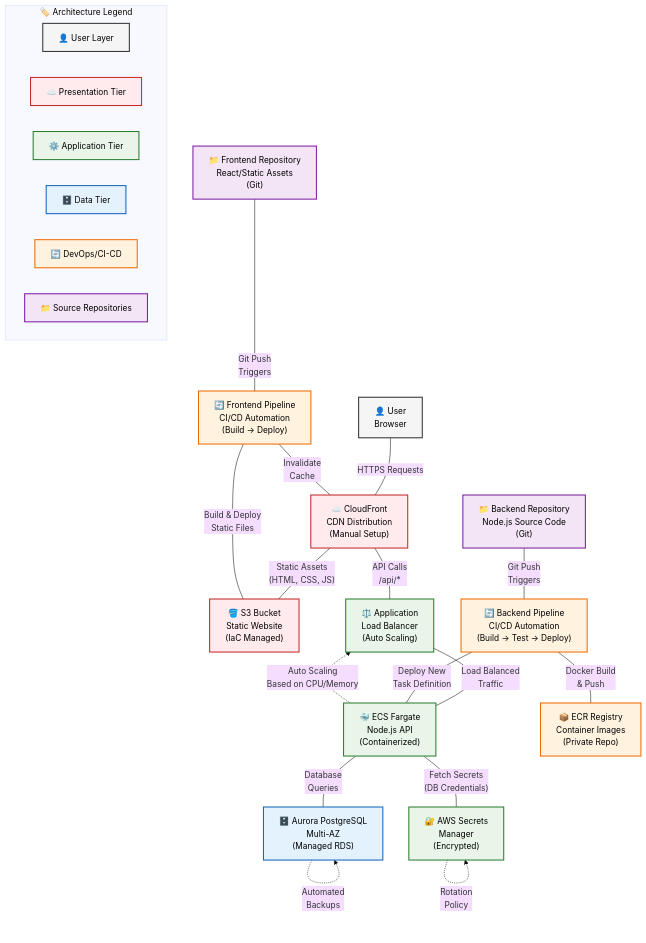
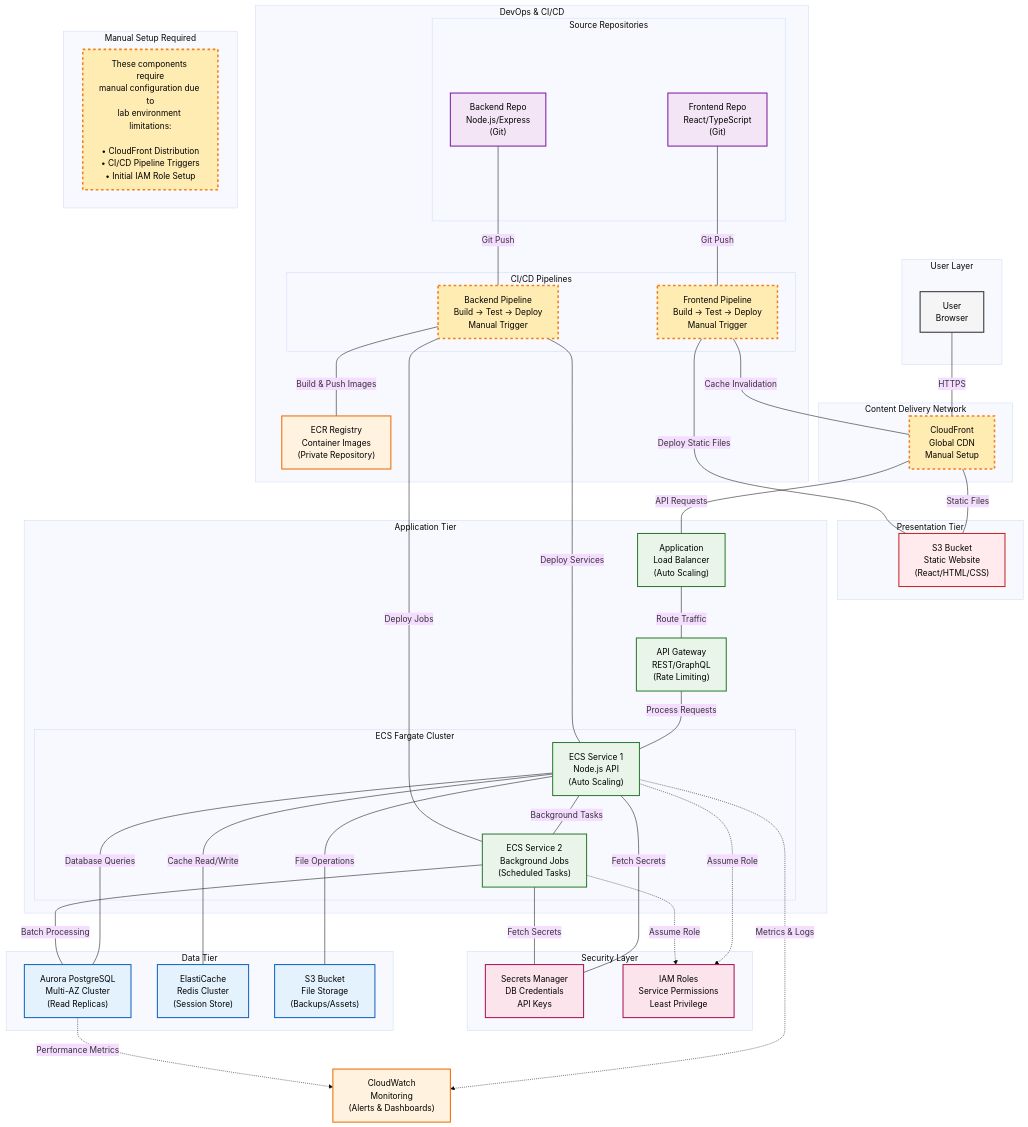
One commit to Grambot-ops/REACT-SEC-OPS changed the diagram in README.md. Above: the diagram before and after it, drawn with Mermaid (base theme).

````diff
--- a/README.md
+++ b/README.md
@@ -64,5 +64,5 @@
 ```mermaid
-graph TD
+graph TB
     %% Styling Classes
     classDef userStyle fill:#f5f5f5,stroke:#333,stroke-width:2px,color:#000
     classDef presentationStyle fill:#ffebee,stroke:#c62828,stroke-width:2px,color:#000
@@ -70,62 +70,102 @@
     classDef dataStyle fill:#e3f2fd,stroke:#1565c0,stroke-width:2px,color:#000
     classDef devopsStyle fill:#fff3e0,stroke:#ef6c00,stroke-width:2px,color:#000
     classDef repoStyle fill:#f3e5f5,stroke:#7b1fa2,stroke-width:2px,color:#000
-    classDef legendStyle fill:#fafafa,stroke:#666,stroke-width:1px,color:#666,stroke-dasharray: 5 5
+    classDef securityStyle fill:#fce4ec,stroke:#ad1457,stroke-width:2px,color:#000
+    classDef manualStyle fill:#ffecb3,stroke:#f57f17,stroke-width:3px,stroke-dasharray: 5 5,color:#000
 
     %% User Layer
-    User["👤 User<br/>Browser"]:::userStyle
+    subgraph UserZone["User Layer"]
+        User["User<br/>Browser"]:::userStyle
+    end
+
+    %% CDN & Frontend
+    subgraph CDNZone["Content Delivery Network"]
+        CF["CloudFront<br/>Global CDN<br/>Manual Setup"]:::manualStyle
+    end
 
     %% Presentation Tier
-    CF["☁️ CloudFront<br/>CDN Distribution<br/>(Manual Setup)"]:::presentationStyle
-    S3["🪣 S3 Bucket<br/>Static Website<br/>(IaC Managed)"]:::presentationStyle
+    subgraph PresentationZone["Presentation Tier"]
+        S3Web["S3 Bucket<br/>Static Website<br/>(React/HTML/CSS)"]:::presentationStyle
+    end
 
     %% Application Tier
-    ALB["⚖️ Application<br/>Load Balancer<br/>(Auto Scaling)"]:::applicationStyle
-    ECS["🐳 ECS Fargate<br/>Node.js API<br/>(Containerized)"]:::applicationStyle
-    Secrets["🔐 AWS Secrets<br/>Manager<br/>(Encrypted)"]:::applicationStyle
+    subgraph ApplicationZone["Application Tier"]
+        ALB["Application<br/>Load Balancer<br/>(Auto Scaling)"]:::applicationStyle
+        
+        subgraph ECSCluster["ECS Fargate Cluster"]
+            ECS1["ECS Service 1<br/>Node.js API<br/>(Auto Scaling)"]:::applicationStyle
+            ECS2["ECS Service 2<br/>Background Jobs<br/>(Scheduled Tasks)"]:::applicationStyle
+        end
+        
+        APIGateway["API Gateway<br/>REST/GraphQL<br/>(Rate Limiting)"]:::applicationStyle
+    end
+
+    %% Security & Secrets
+    subgraph SecurityZone["Security Layer"]
+        Secrets["Secrets Manager<br/>DB Credentials<br/>API Keys"]:::securityStyle
+        IAM["IAM Roles<br/>Service Permissions<br/>Least Privilege"]:::securityStyle
+    end
 
     %% Data Tier
-    DB["🗄️ Aurora PostgreSQL<br/>Multi-AZ<br/>(Managed RDS)"]:::dataStyle
-
-    %% DevOps / CI/CD Pipeline
-    ECR["📦 ECR Registry<br/>Container Images<br/>(Private Repo)"]:::devopsStyle
-    BackendPipeline["🔄 Backend Pipeline<br/>CI/CD Automation<br/>(Build → Test → Deploy)"]:::devopsStyle
-    FrontendPipeline["🔄 Frontend Pipeline<br/>CI/CD Automation<br/>(Build → Deploy)"]:::devopsStyle
-
-    %% Source Code Repositories
-    BackendRepo["📁 Backend Repository<br/>Node.js Source Code<br/>(Git)"]:::repoStyle
-    FrontendRepo["📁 Frontend Repository<br/>React/Static Assets<br/>(Git)"]:::repoStyle
-
-    %% Main Application Flow
-    User ---|"HTTPS Requests"| CF
-    CF ---|"Static Assets<br/>(HTML, CSS, JS)"| S3
-    CF ---|"API Calls<br/>/api/*"| ALB
-    ALB ---|"Load Balanced<br/>Traffic"| ECS
-    ECS ---|"Database<br/>Queries"| DB
-    ECS ---|"Fetch Secrets<br/>(DB Credentials)"| Secrets
-
-    %% CI/CD Flow - Backend
-    BackendRepo ---|"Git Push<br/>Triggers"| BackendPipeline
-    BackendPipeline ---|"Docker Build<br/>& Push"| ECR
-    BackendPipeline ---|"Deploy New<br/>Task Definition"| ECS
-
-    %% CI/CD Flow - Frontend
-    FrontendRepo ---|"Git Push<br/>Triggers"| FrontendPipeline
-    FrontendPipeline ---|"Build & Deploy<br/>Static Files"| S3
-    FrontendPipeline ---|"Invalidate<br/>Cache"| CF
-
-    %% Enhanced Legend with better positioning
-    subgraph Legend["🏷️ Architecture Legend"]
-        LegendUser["👤 User Layer"]:::userStyle
-        LegendPresentation["☁️ Presentation Tier"]:::presentationStyle
-        LegendApplication["⚙️ Application Tier"]:::applicationStyle
-        LegendData["🗄️ Data Tier"]:::dataStyle
-        LegendDevOps["🔄 DevOps/CI-CD"]:::devopsStyle
-        LegendRepo["📁 Source Repositories"]:::repoStyle
+    subgraph DataZone["Data Tier"]
+        Aurora["Aurora PostgreSQL<br/>Multi-AZ Cluster<br/>(Read Replicas)"]:::dataStyle
+        ElastiCache["ElastiCache<br/>Redis Cluster<br/>(Session Store)"]:::dataStyle
+        S3Data["S3 Bucket<br/>File Storage<br/>(Backups/Assets)"]:::dataStyle
     end
 
-    %% Additional Infrastructure Details (Optional Connections)
-    ECS -.->|"Auto Scaling<br/>Based on CPU/Memory"| ALB
-    DB -.->|"Automated<br/>Backups"| DB
-    Secrets -.->|"Rotation<br/>Policy"| Secrets
+    %% CI/CD Pipeline
+    subgraph DevOpsZone["DevOps & CI/CD"]
+        
+        subgraph SourceRepos["Source Repositories"]
+            FrontendRepo["Frontend Repo<br/>React/TypeScript<br/>(Git)"]:::repoStyle
+            BackendRepo["Backend Repo<br/>Node.js/Express<br/>(Git)"]:::repoStyle
+        end
+        
+        subgraph Pipelines["CI/CD Pipelines"]
+            FrontendPipeline["Frontend Pipeline<br/>Build → Test → Deploy<br/>Manual Trigger"]:::manualStyle
+            BackendPipeline["Backend Pipeline<br/>Build → Test → Deploy<br/>Manual Trigger"]:::manualStyle
+        end
+        
+        ECR["ECR Registry<br/>Container Images<br/>(Private Repository)"]:::devopsStyle
+    end
+
+    %% Main User Flow
+    User ---|"HTTPS"| CF
+    CF ---|"Static Files"| S3Web
+    CF ---|"API Requests"| ALB
+    ALB ---|"Route Traffic"| APIGateway
+    APIGateway ---|"Process Requests"| ECS1
+    ECS1 ---|"Background Tasks"| ECS2
+
+    %% Data Connections
+    ECS1 ---|"Database Queries"| Aurora
+    ECS1 ---|"Cache Read/Write"| ElastiCache
+    ECS1 ---|"File Operations"| S3Data
+    ECS2 ---|"Batch Processing"| Aurora
+
+    %% Security Connections
+    ECS1 ---|"Fetch Secrets"| Secrets
+    ECS2 ---|"Fetch Secrets"| Secrets
+    ECS1 -.->|"Assume Role"| IAM
+    ECS2 -.->|"Assume Role"| IAM
+
+    %% CI/CD Flow
+    FrontendRepo ---|"Git Push"| FrontendPipeline
+    BackendRepo ---|"Git Push"| BackendPipeline
+    
+    FrontendPipeline ---|"Deploy Static Files"| S3Web
+    FrontendPipeline ---|"Cache Invalidation"| CF
+    
+    BackendPipeline ---|"Build & Push Images"| ECR
+    BackendPipeline ---|"Deploy Services"| ECS1
+    BackendPipeline ---|"Deploy Jobs"| ECS2
+
+    %% Infrastructure Monitoring (Optional)
+    ECS1 -.->|"Metrics & Logs"| CloudWatch["CloudWatch<br/>Monitoring<br/>(Alerts & Dashboards)"]:::devopsStyle
+    Aurora -.->|"Performance Metrics"| CloudWatch
+
+    %% Manual Setup Warning
+    subgraph Warning["Manual Setup Required"]
+        ManualNote["These components require<br/>manual configuration due to<br/>lab environment limitations:<br/><br/>• CloudFront Distribution<br/>• CI/CD Pipeline Triggers<br/>• Initial IAM Role Setup"]:::manualStyle
+    end
 ```
````
